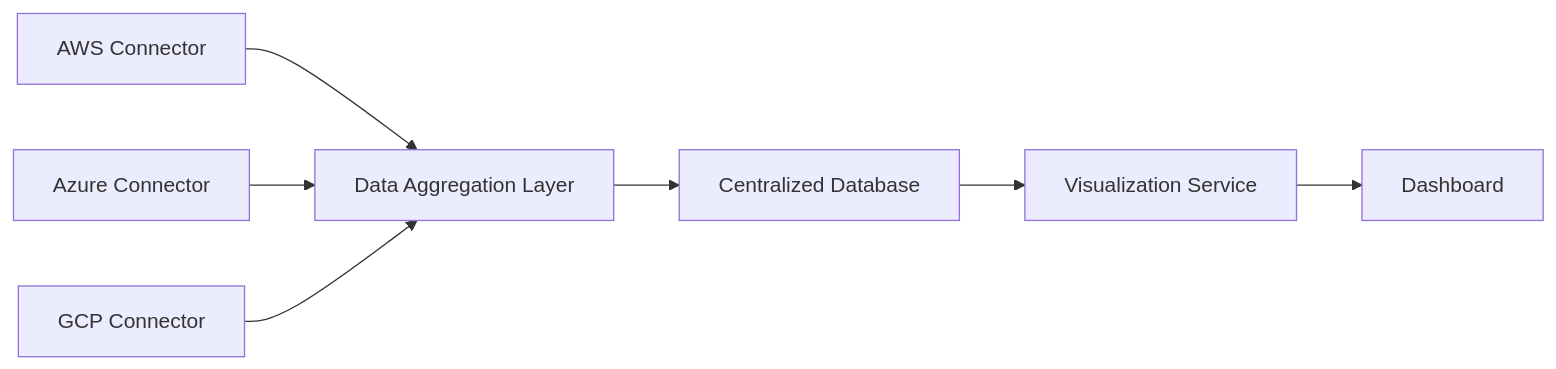
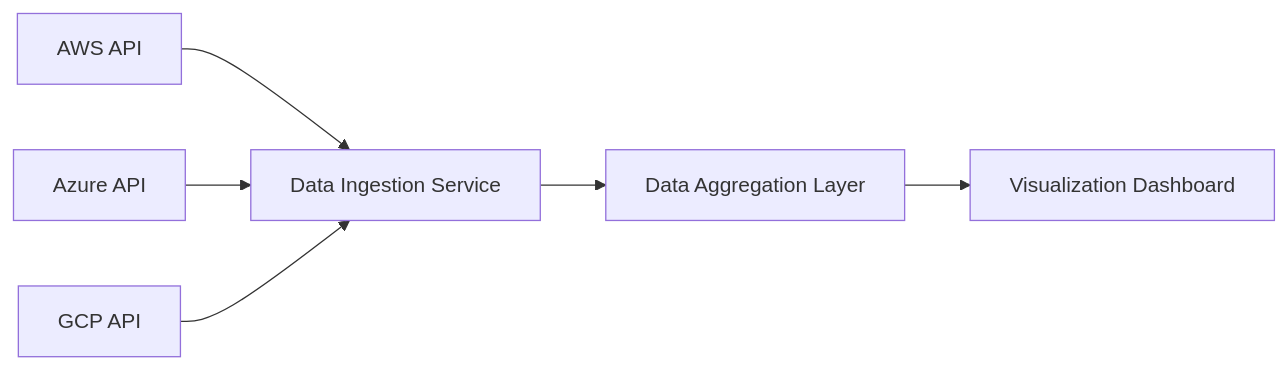
Before and after one commit to Davamani-git/APB_Demo: the diagram in HLD/QE-3969_HLD.md, drawn with Mermaid. The commit also changed other lines of this file and 3 other files, not shown here.

````diff
--- a/HLD/QE-3969_HLD.md
+++ b/HLD/QE-3969_HLD.md
@@ -4,16 +4,14 @@
 ```mermaid
 flowchart LR
-    A["AWS Connector"]
-    B["Azure Connector"]
-    C["GCP Connector"]
-    D["Data Aggregation Layer"]
-    E["Centralized Database"]
-    F["Visualization Service"]
-    G["Dashboard"]
+    A["AWS API"]
+    B["Azure API"]
+    C["GCP API"]
+    D["Data Ingestion Service"]
+    E["Data Aggregation Layer"]
+    F["Visualization Dashboard"]
     A --> D
     B --> D
     C --> D
     D --> E
     E --> F
-    F --> G
 ```
````
